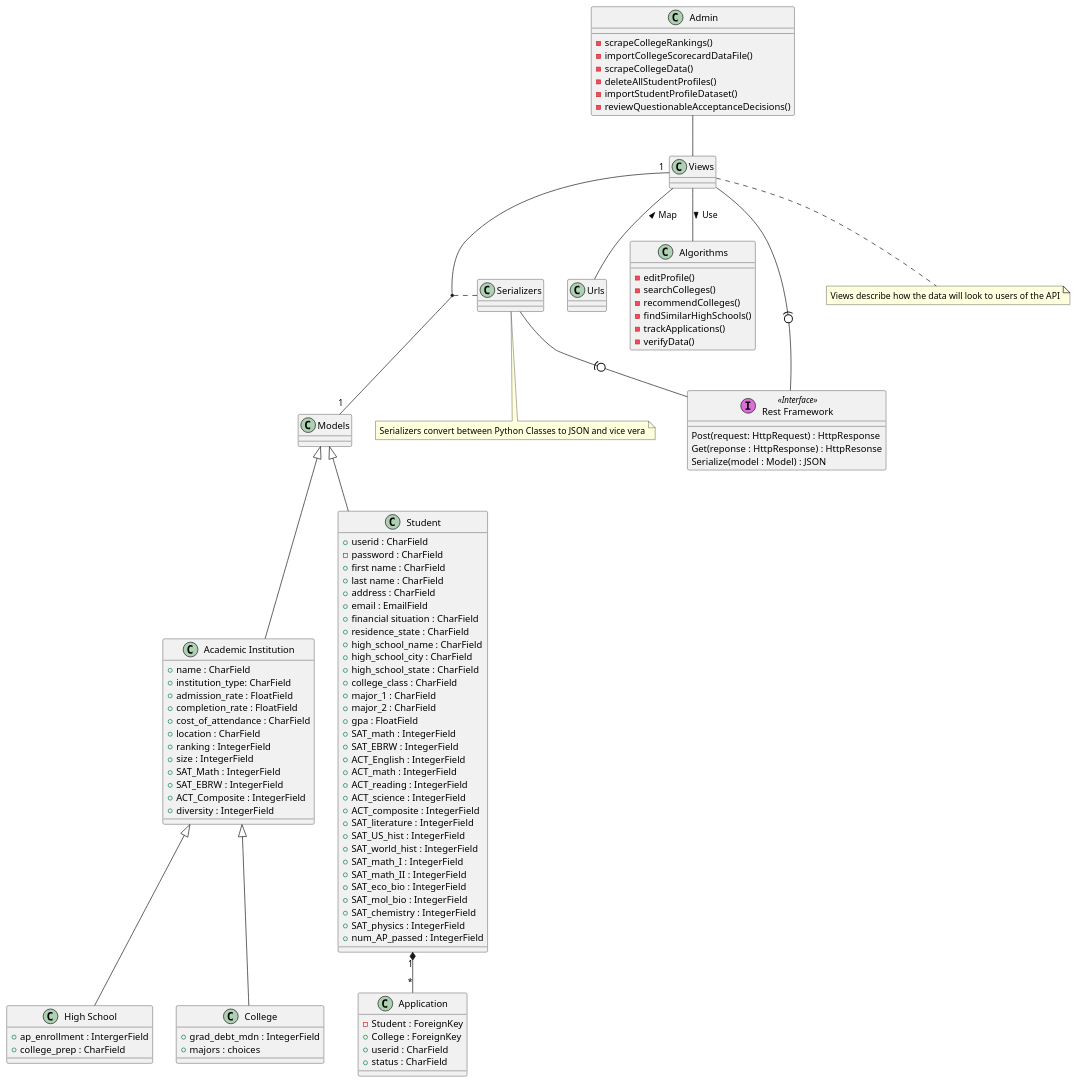
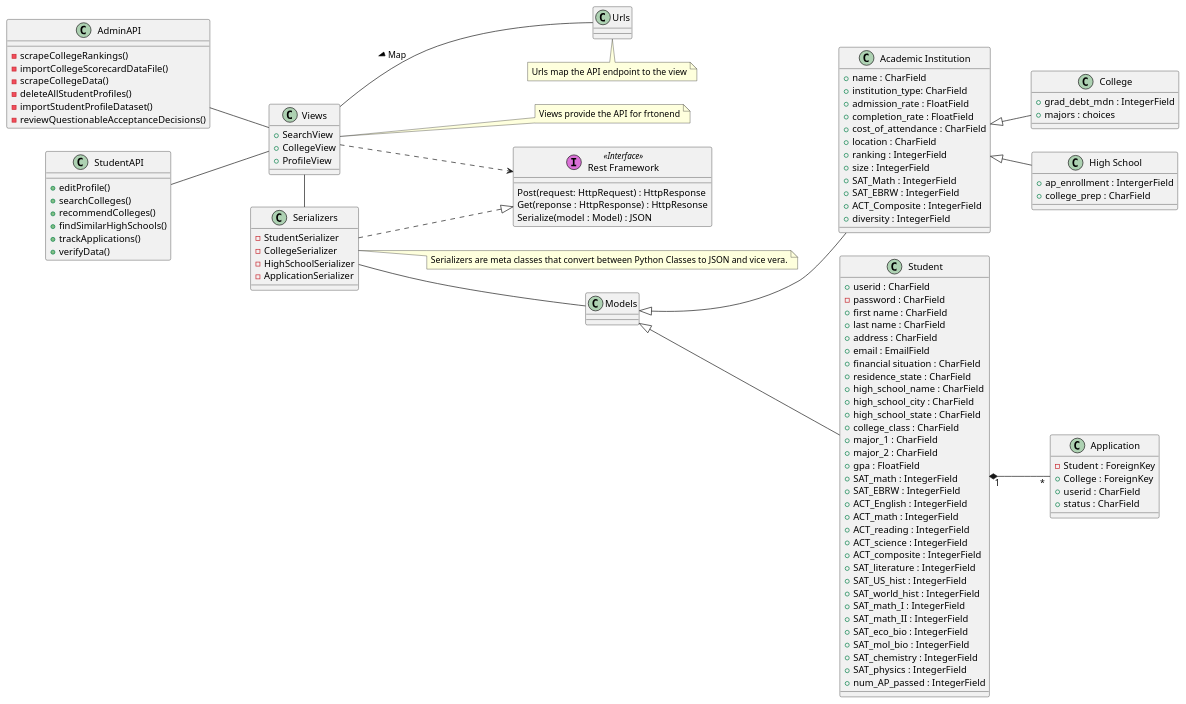
The diagram in design/backend_class.wsd (Omarfos/CSE416), drawn with PlantUML before and after one commit. The commit also changed 4 other files, not shown here.

Commit message:
Update diagrams

```diff
--- a/design/backend_class.wsd
+++ b/design/backend_class.wsd
@@ -1,140 +1,149 @@
 @startuml
 ' Use cases for Admin
-' left to right direction
+left to right direction
 
-class Admin {
+class Urls {
+
+}
+note bottom of Urls : Urls map the API endpoint to the view
+
+class AdminAPI {
     -scrapeCollegeRankings() 
     -importCollegeScorecardDataFile() 
     -scrapeCollegeData() 
     -deleteAllStudentProfiles() 
     -importStudentProfileDataset() 
     -reviewQuestionableAcceptanceDecisions() 
 }
+AdminAPI -- Views
 
-class Urls {
 
+class StudentAPI {
+    +editProfile() 
+    +searchColleges() 
+    +recommendColleges() 
+    +findSimilarHighSchools() 
+    +trackApplications() 
+    +verifyData()
 }
 
-class Algorithms {
-    -editProfile() 
-    -searchColleges() 
-    -recommendColleges() 
-    -findSimilarHighSchools() 
-    -trackApplications() 
-    -verifyData()
-}
+StudentAPI -- Views
 
 class "Rest Framework" << (I,orchid) Interface>> {
     Post(request: HttpRequest) : HttpResponse
     Get(reponse : HttpResponse) : HttpResonse
     Serialize(model : Model) : JSON
 }
 
-Serializers -(0- "Rest Framework"
-Views -(0- "Rest Framework"
+Serializers ..|> "Rest Framework"
+Views ..> "Rest Framework"
 
 class Serializers {
+    -StudentSerializer
+    -CollegeSerializer
+    -HighSchoolSerializer
+    -ApplicationSerializer
 
 }
-note "Serializers convert between Python Classes to JSON and vice vera" as N2
+note "Serializers are meta classes that convert between Python Classes to JSON and vice vera." as N2
 Serializers .. N2
 
 
 class Views {
+    +SearchView
+    +CollegeView
+    +ProfileView
 
 }
 
 Views -- Urls : Map <
-Views -- Algorithms : Use >
-Admin -- Views 
-Views "1" -- "1" Models 
+Views - Serializers
+Serializers -- Models
 
-note "Views describe how the data will look to users of the API" as N1
+note "Views provide the API for frtonend" as N1
 Views .. N1
 
 '  Models
 class Models {
 
 }
 
 Models <|-- "Academic Institution"
 Models <|-- Student
-
-(Models, Views) .. Serializers
 
 class Student {
     +userid : CharField
     -password : CharField
     +first name : CharField
     +last name : CharField
     +address : CharField
     +email : EmailField
     +financial situation : CharField
     +residence_state : CharField
     +high_school_name : CharField
     +high_school_city : CharField
     +high_school_state : CharField
     +college_class : CharField
     +major_1 : CharField
     +major_2 : CharField
     +gpa : FloatField
     +SAT_math : IntegerField
     +SAT_EBRW : IntegerField
     +ACT_English : IntegerField
     +ACT_math : IntegerField
     +ACT_reading : IntegerField
     +ACT_science : IntegerField
     +ACT_composite : IntegerField
     +SAT_literature : IntegerField
     +SAT_US_hist : IntegerField
     +SAT_world_hist : IntegerField
     +SAT_math_I : IntegerField
     +SAT_math_II : IntegerField
     +SAT_eco_bio : IntegerField
     +SAT_mol_bio : IntegerField
     +SAT_chemistry : IntegerField
     +SAT_physics : IntegerField
     +num_AP_passed : IntegerField
 }
 Student "1" *-- "*" Application
 
 
 class Application {
     -Student : ForeignKey
     +College : ForeignKey
     +userid : CharField
     +status : CharField
 }
 
 
 
 class "Academic Institution" {
     +name : CharField
     +institution_type: CharField
     +admission_rate : FloatField
     +completion_rate : FloatField
     +cost_of_attendance : CharField
     +location : CharField
     +ranking : IntegerField
     +size : IntegerField
     +SAT_Math : IntegerField
     +SAT_EBRW : IntegerField
     +ACT_Composite : IntegerField
     +diversity : IntegerField
 }
 
 "Academic Institution" <|-- College
 "Academic Institution" <|-- "High School"
 
 class College {
     +grad_debt_mdn : IntegerField
     +majors : choices   
     
 }
 
 class "High School" {
     +ap_enrollment : IntergerField
     +college_prep : CharField
 }
 
 @enduml
```
